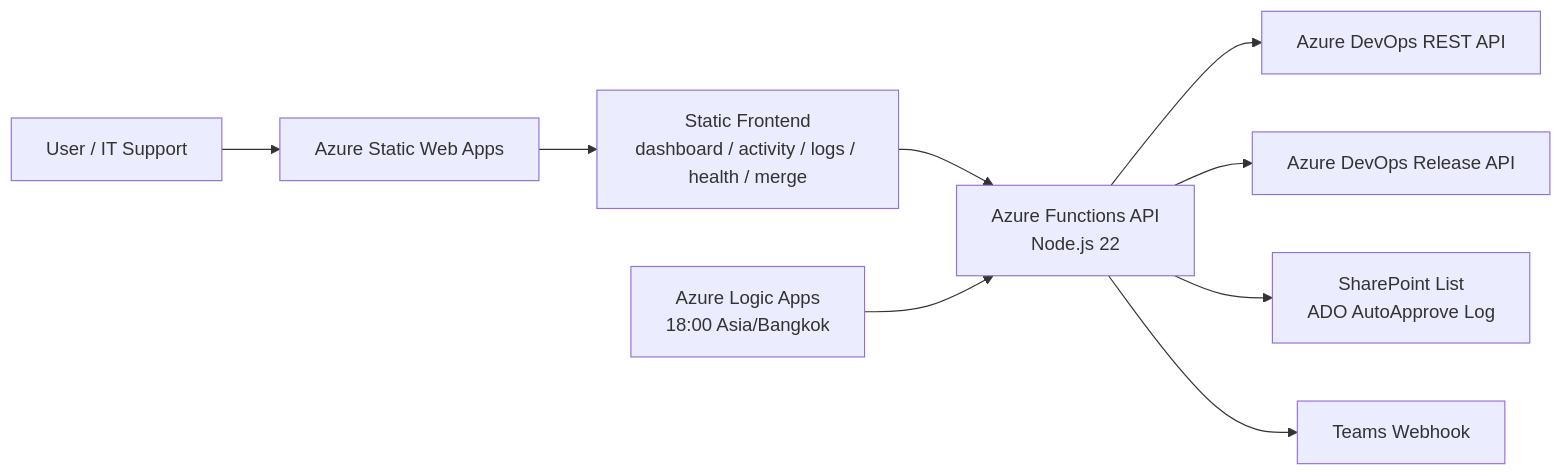
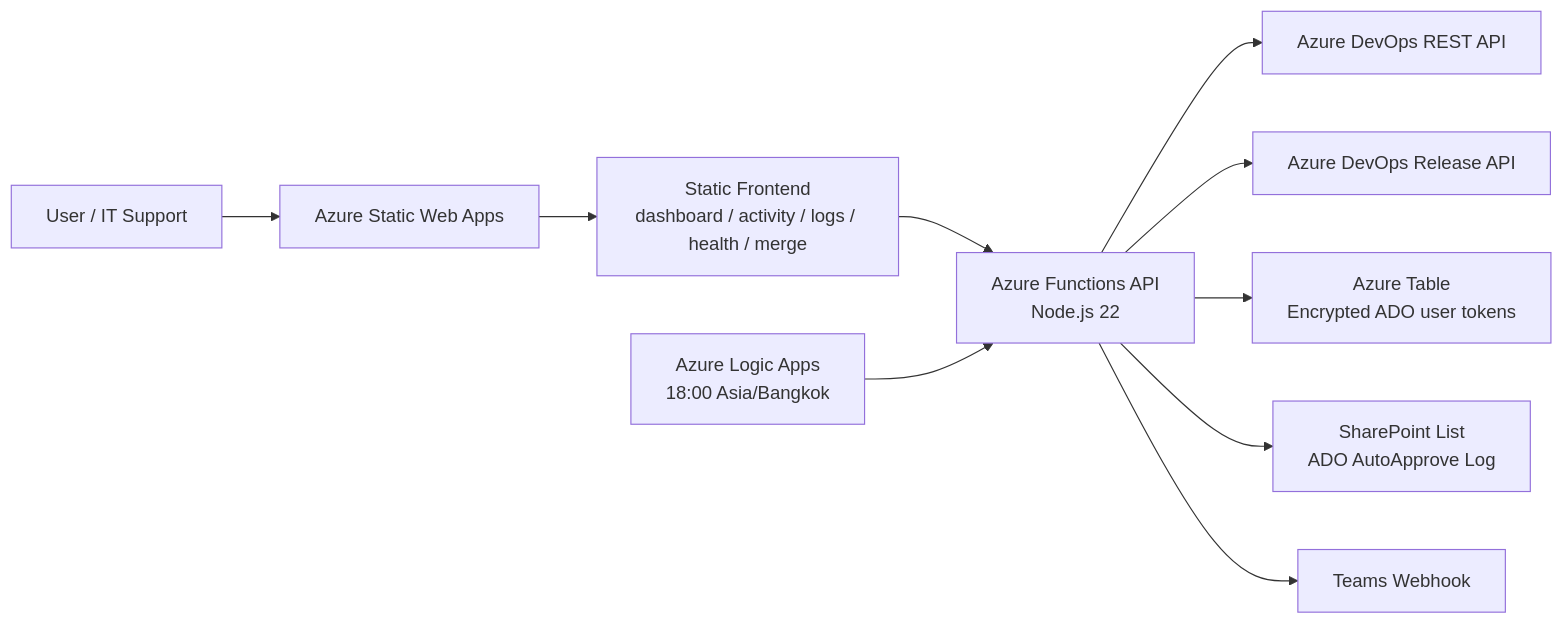
The diagram in README.md (birdzee4-cmd/ado-auto-approve), drawn with Mermaid before and after one commit. The commit also changed other lines of this file and 7 other files, not shown here.

````diff
--- a/README.md
+++ b/README.md
@@ -46,11 +48,12 @@
 ```mermaid
 flowchart LR
   User["User / IT Support"] --> SWA["Azure Static Web Apps"]
   SWA --> Frontend["Static Frontend<br/>dashboard / activity / logs / health / merge"]
   Frontend --> API["Azure Functions API<br/>Node.js 22"]
   API --> ADO["Azure DevOps REST API"]
   API --> Release["Azure DevOps Release API"]
+  API --> TokenStore["Azure Table<br/>Encrypted ADO user tokens"]
   API --> SP["SharePoint List<br/>ADO AutoApprove Log"]
   API --> Teams["Teams Webhook"]
   Logic["Azure Logic Apps<br/>18:00 Asia/Bangkok"] --> API
 ```
````
